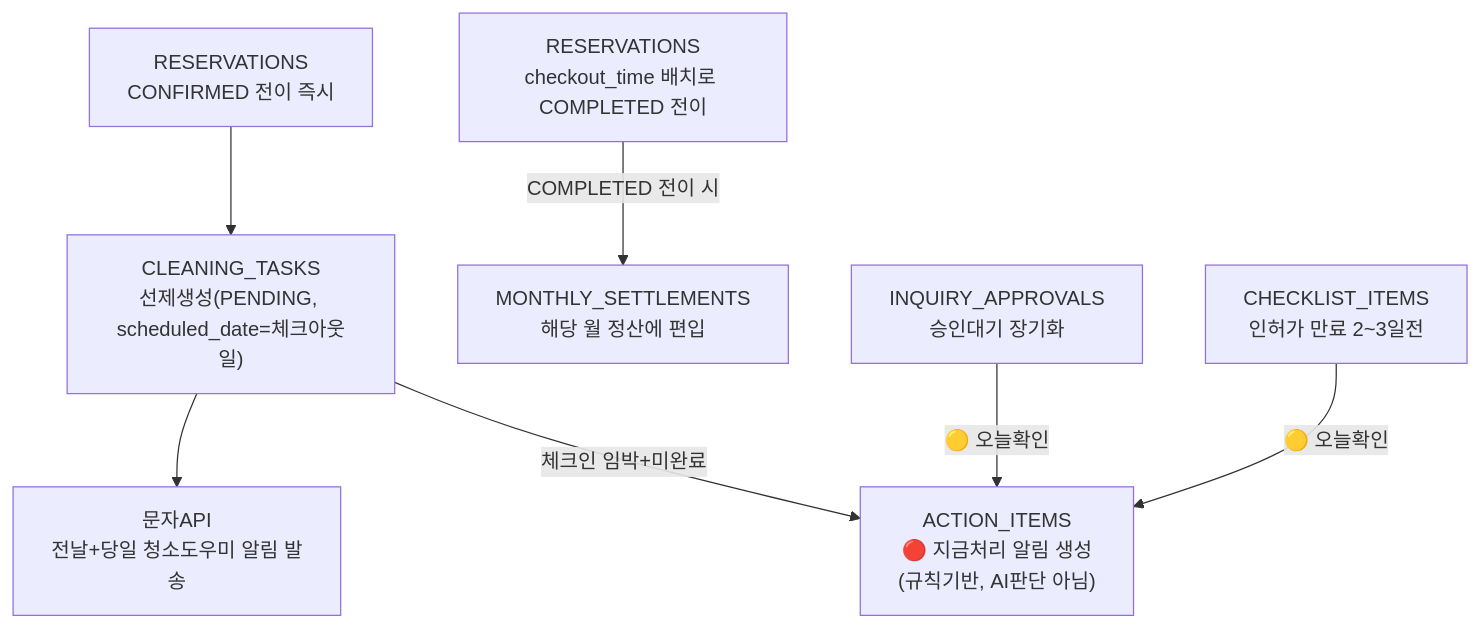
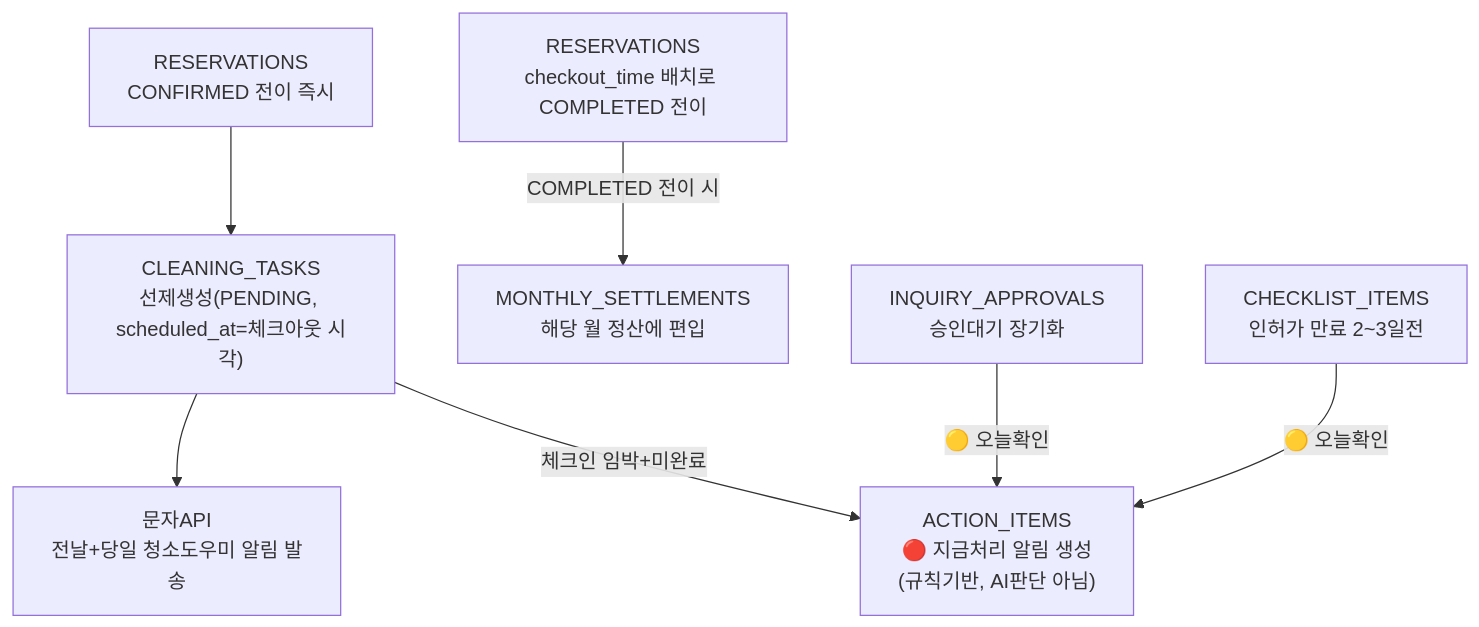
Before and after one commit to newrace4-arch/Host-ON-AI: the second of 2 diagrams in docs/state_events.md, drawn with Mermaid. The commit also changed other lines of this file and 4 other files, not shown here.

````diff
--- a/docs/state_events.md
+++ b/docs/state_events.md
@@ -93,9 +96,9 @@
 ```mermaid
 flowchart TD
-  R0["RESERVATIONS<br/>CONFIRMED 전이 즉시"] --> C["CLEANING_TASKS<br/>선제생성(PENDING, scheduled_date=체크아웃일)"]
+  R0["RESERVATIONS<br/>CONFIRMED 전이 즉시"] --> C["CLEANING_TASKS<br/>선제생성(PENDING, scheduled_at=체크아웃 시각)"]
   C --> N["문자API<br/>전날+당일 청소도우미 알림 발송"]
   R["RESERVATIONS<br/>checkout_time 배치로 COMPLETED 전이"] -->|"COMPLETED 전이 시"| S["MONTHLY_SETTLEMENTS<br/>해당 월 정산에 편입"]
   C -->|"체크인 임박+미완료"| A["ACTION_ITEMS<br/>🔴 지금처리 알림 생성<br/>(규칙기반, AI판단 아님)"]
   I["INQUIRY_APPROVALS<br/>승인대기 장기화"] -->|"🟡 오늘확인"| A
   K["CHECKLIST_ITEMS<br/>인허가 만료 2~3일전"] -->|"🟡 오늘확인"| A
 ```
````
